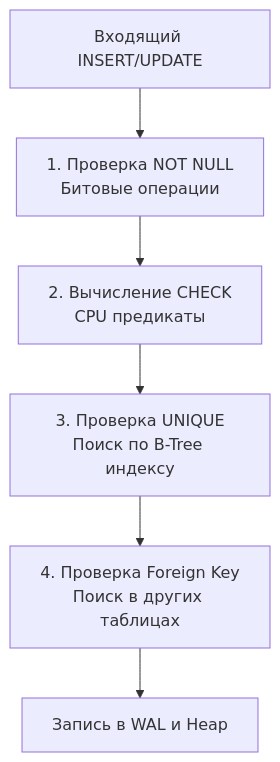
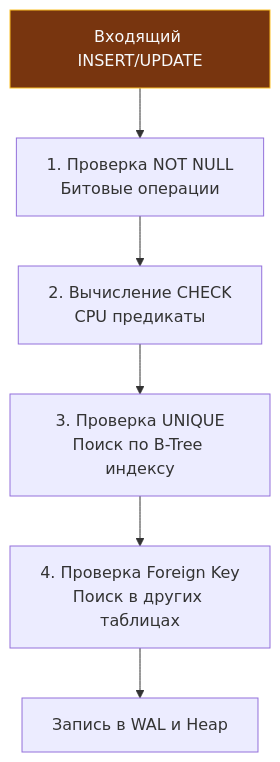
One commit to UnrealTemplier/go-textbook changed the diagram in sources/12. Базы данных/01. Введение и фундамент/7. Ограничения целостности данных.md. Above: the diagram before and after it, drawn with Mermaid. The commit also changed 1666 other files, not shown here.

First line of the commit message:
feat(mermaid): add semantic color classDef to 1369 colorless flowchart/graph diagrams

````diff
--- a/sources/12. Базы данных/01. Введение и фундамент/7. Ограничения целостности данных.md
+++ b/sources/12. Базы данных/01. Введение и фундамент/7. Ограничения целостности данных.md
@@ -49,8 +49,18 @@
 ```mermaid
 flowchart TD
-    Request["Входящий INSERT/UPDATE"] --> ValidateNN["1. Проверка NOT NULL<br>Битовые операции"]
+    classDef process  fill:#1e293b,stroke:#38bdf8,stroke-width:1px,color:#f8fafc
+    classDef success  fill:#064e3b,stroke:#34d399,stroke-width:1px,color:#f8fafc
+    classDef error    fill:#7f1d1d,stroke:#f87171,stroke-width:1px,color:#f8fafc
+    classDef warning  fill:#78350f,stroke:#fbbf24,stroke-width:1px,color:#f8fafc
+    classDef entry    fill:#1e3a5f,stroke:#38bdf8,stroke-width:2px,color:#f8fafc
+    classDef aux      fill:#334155,stroke:#64748b,stroke-width:1px,color:#f8fafc
+    classDef system   fill:#312e81,stroke:#a78bfa,stroke-width:1px,color:#f8fafc
+    classDef data     fill:#132d29,stroke:#2dd4bf,stroke-width:1px,color:#f8fafc
+    classDef network  fill:#881337,stroke:#fb7185,stroke-width:1px,color:#f8fafc
+    classDef accent   fill:#1e1b4b,stroke:#818cf8,stroke-width:1px,color:#f8fafc
+    Request["Входящий INSERT/UPDATE"]:::warning --> ValidateNN["1. Проверка NOT NULL<br>Битовые операции"]
     ValidateNN --> ValidateCheck["2. Вычисление CHECK<br>CPU предикаты"]
     ValidateCheck --> ValidateUnique["3. Проверка UNIQUE<br>Поиск по B-Tree индексу"]
     ValidateUnique --> ValidateFK["4. Проверка Foreign Key<br>Поиск в других таблицах"]
     ValidateFK --> Write["Запись в WAL и Heap"]
 ```
````
